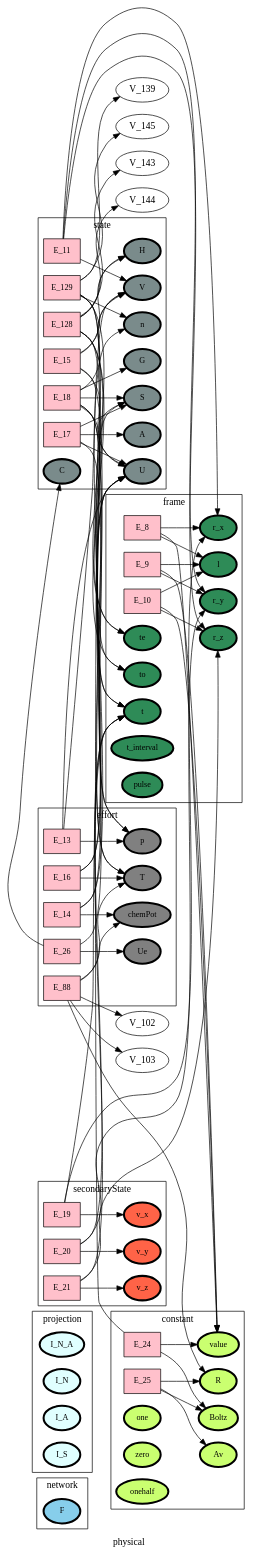
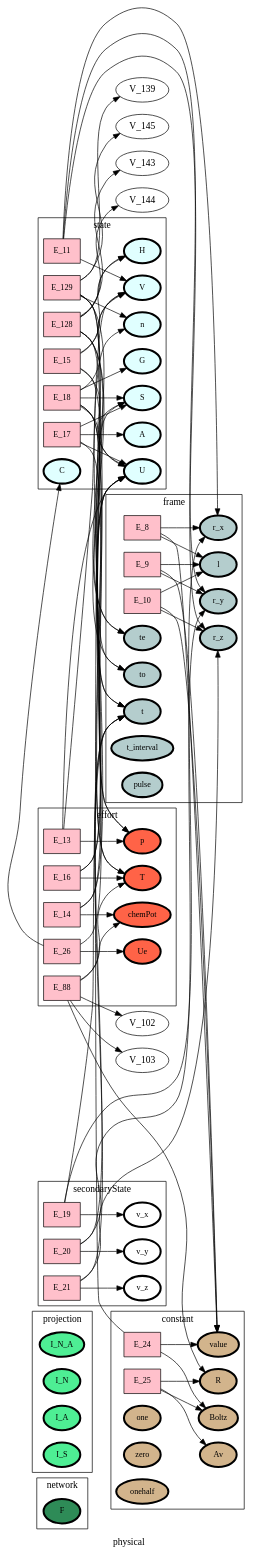
The diagram in ontology_graphs/graph__physical.dot (heinz-preisig/sandbox21), drawn with Graphviz before and after one commit. The commit also changed 35 other files, not shown here.

```diff
--- a/ontology_graphs/graph__physical.dot
+++ b/ontology_graphs/graph__physical.dot
@@ -1,180 +1,180 @@
 digraph physical {
 label=physical;
 rankdir=LR;
 subgraph cluster_physical___network {
 label=network;
 rankdir=LR;
-V_10 [fillcolor=skyblue, fontsize=12, label=F, penwidth=3, style=filled];
+V_10 [fillcolor=seagreen4, fontsize=12, label=F, penwidth=3, style=filled];
 }
 
 subgraph cluster_physical___projection {
 label=projection;
 rankdir=LR;
-V_48 [fillcolor=lightcyan, fontsize=12, label=I_N_A, penwidth=3, style=filled];
-V_96 [fillcolor=lightcyan, fontsize=12, label=I_N, penwidth=3, style=filled];
-V_97 [fillcolor=lightcyan, fontsize=12, label=I_A, penwidth=3, style=filled];
-V_98 [fillcolor=lightcyan, fontsize=12, label=I_S, penwidth=3, style=filled];
+V_48 [fillcolor=seagreen2, fontsize=12, label=I_N_A, penwidth=3, style=filled];
+V_96 [fillcolor=seagreen2, fontsize=12, label=I_N, penwidth=3, style=filled];
+V_97 [fillcolor=seagreen2, fontsize=12, label=I_A, penwidth=3, style=filled];
+V_98 [fillcolor=seagreen2, fontsize=12, label=I_S, penwidth=3, style=filled];
 }
 
 subgraph cluster_physical___differenceOperator {
 label=differenceOperator;
 rankdir=LR;
 }
 
 E_8 -> V_1  [splines=ortho];
 E_8 -> V_11  [splines=ortho];
 E_9 -> V_1  [splines=ortho];
 E_9 -> V_11  [splines=ortho];
 E_10 -> V_1  [splines=ortho];
 E_10 -> V_11  [splines=ortho];
 subgraph cluster_physical___frame {
 label=frame;
 rankdir=LR;
-V_11 [fillcolor=seagreen4, fontsize=12, label=l, penwidth=3, style=filled];
-V_12 [fillcolor=seagreen4, fontsize=12, label=r_x, penwidth=3, style=filled];
-V_13 [fillcolor=seagreen4, fontsize=12, label=r_y, penwidth=3, style=filled];
-V_14 [fillcolor=seagreen4, fontsize=12, label=r_z, penwidth=3, style=filled];
-V_4 [fillcolor=seagreen4, fontsize=12, label=t, penwidth=3, style=filled];
-V_5 [fillcolor=seagreen4, fontsize=12, label=to, penwidth=3, style=filled];
-V_6 [fillcolor=seagreen4, fontsize=12, label=te, penwidth=3, style=filled];
-V_7 [fillcolor=seagreen4, fontsize=12, label=t_interval, penwidth=3, style=filled];
-V_9 [fillcolor=seagreen4, fontsize=12, label=pulse, penwidth=3, style=filled];
+V_11 [fillcolor=lightcyan3, fontsize=12, label=l, penwidth=3, style=filled];
+V_12 [fillcolor=lightcyan3, fontsize=12, label=r_x, penwidth=3, style=filled];
+V_13 [fillcolor=lightcyan3, fontsize=12, label=r_y, penwidth=3, style=filled];
+V_14 [fillcolor=lightcyan3, fontsize=12, label=r_z, penwidth=3, style=filled];
+V_4 [fillcolor=lightcyan3, fontsize=12, label=t, penwidth=3, style=filled];
+V_5 [fillcolor=lightcyan3, fontsize=12, label=to, penwidth=3, style=filled];
+V_6 [fillcolor=lightcyan3, fontsize=12, label=te, penwidth=3, style=filled];
+V_7 [fillcolor=lightcyan3, fontsize=12, label=t_interval, penwidth=3, style=filled];
+V_9 [fillcolor=lightcyan3, fontsize=12, label=pulse, penwidth=3, style=filled];
 E_8 [fillcolor=pink, fontsize=12, shape=box, style=filled];
 E_8 -> V_12  [splines=ortho];
 E_9 [fillcolor=pink, fontsize=12, shape=box, style=filled];
 E_9 -> V_13  [splines=ortho];
 E_10 [fillcolor=pink, fontsize=12, shape=box, style=filled];
 E_10 -> V_14  [splines=ortho];
 }
 
 E_11 -> V_12  [splines=ortho];
 E_11 -> V_13  [splines=ortho];
 E_11 -> V_14  [splines=ortho];
 E_129 -> V_139  [splines=ortho];
 E_129 -> V_145  [splines=ortho];
 E_129 -> V_4  [splines=ortho];
 E_129 -> V_5  [splines=ortho];
 E_129 -> V_6  [splines=ortho];
 E_15 -> V_15  [splines=ortho];
 E_15 -> V_16  [splines=ortho];
 E_15 -> V_20  [splines=ortho];
 E_128 -> V_143  [splines=ortho];
 E_128 -> V_144  [splines=ortho];
 E_128 -> V_4  [splines=ortho];
 E_128 -> V_5  [splines=ortho];
 E_128 -> V_6  [splines=ortho];
 E_17 -> V_16  [splines=ortho];
 E_17 -> V_17  [splines=ortho];
 E_17 -> V_19  [splines=ortho];
 E_18 -> V_15  [splines=ortho];
 E_18 -> V_16  [splines=ortho];
 E_18 -> V_17  [splines=ortho];
 E_18 -> V_19  [splines=ortho];
 E_18 -> V_20  [splines=ortho];
 subgraph cluster_physical___state {
 label=state;
 rankdir=LR;
-V_15 [fillcolor=lightcyan4, fontsize=12, label=V, penwidth=3, style=filled];
-V_16 [fillcolor=lightcyan4, fontsize=12, label=U, penwidth=3, style=filled];
-V_17 [fillcolor=lightcyan4, fontsize=12, label=S, penwidth=3, style=filled];
-V_18 [fillcolor=lightcyan4, fontsize=12, label=n, penwidth=3, style=filled];
-V_22 [fillcolor=lightcyan4, fontsize=12, label=H, penwidth=3, style=filled];
-V_23 [fillcolor=lightcyan4, fontsize=12, label=A, penwidth=3, style=filled];
-V_24 [fillcolor=lightcyan4, fontsize=12, label=G, penwidth=3, style=filled];
-V_25 [fillcolor=lightcyan4, fontsize=12, label=C, penwidth=3, style=filled];
+V_15 [fillcolor=lightcyan, fontsize=12, label=V, penwidth=3, style=filled];
+V_16 [fillcolor=lightcyan, fontsize=12, label=U, penwidth=3, style=filled];
+V_17 [fillcolor=lightcyan, fontsize=12, label=S, penwidth=3, style=filled];
+V_18 [fillcolor=lightcyan, fontsize=12, label=n, penwidth=3, style=filled];
+V_22 [fillcolor=lightcyan, fontsize=12, label=H, penwidth=3, style=filled];
+V_23 [fillcolor=lightcyan, fontsize=12, label=A, penwidth=3, style=filled];
+V_24 [fillcolor=lightcyan, fontsize=12, label=G, penwidth=3, style=filled];
+V_25 [fillcolor=lightcyan, fontsize=12, label=C, penwidth=3, style=filled];
 E_11 [fillcolor=pink, fontsize=12, shape=box, style=filled];
 E_11 -> V_15  [splines=ortho];
 E_129 [fillcolor=pink, fontsize=12, shape=box, style=filled];
 E_129 -> V_18  [splines=ortho];
 E_15 [fillcolor=pink, fontsize=12, shape=box, style=filled];
 E_15 -> V_22  [splines=ortho];
 E_128 [fillcolor=pink, fontsize=12, shape=box, style=filled];
 E_128 -> V_22  [splines=ortho];
 E_17 [fillcolor=pink, fontsize=12, shape=box, style=filled];
 E_17 -> V_23  [splines=ortho];
 E_18 [fillcolor=pink, fontsize=12, shape=box, style=filled];
 E_18 -> V_24  [splines=ortho];
 }
 
 E_24 -> V_1  [splines=ortho];
 E_24 -> V_17  [splines=ortho];
 E_25 -> V_32  [splines=ortho];
 E_25 -> V_33  [splines=ortho];
 subgraph cluster_physical___constant {
 label=constant;
 rankdir=LR;
-V_1 [fillcolor=darkolivegreen1, fontsize=12, label=value, penwidth=3, style=filled];
-V_2 [fillcolor=darkolivegreen1, fontsize=12, label=one, penwidth=3, style=filled];
-V_3 [fillcolor=darkolivegreen1, fontsize=12, label=zero, penwidth=3, style=filled];
-V_32 [fillcolor=darkolivegreen1, fontsize=12, label=Av, penwidth=3, style=filled];
-V_33 [fillcolor=darkolivegreen1, fontsize=12, label=Boltz, penwidth=3, style=filled];
-V_34 [fillcolor=darkolivegreen1, fontsize=12, label=R, penwidth=3, style=filled];
-V_8 [fillcolor=darkolivegreen1, fontsize=12, label=onehalf, penwidth=3, style=filled];
+V_1 [fillcolor=tan, fontsize=12, label=value, penwidth=3, style=filled];
+V_2 [fillcolor=tan, fontsize=12, label=one, penwidth=3, style=filled];
+V_3 [fillcolor=tan, fontsize=12, label=zero, penwidth=3, style=filled];
+V_32 [fillcolor=tan, fontsize=12, label=Av, penwidth=3, style=filled];
+V_33 [fillcolor=tan, fontsize=12, label=Boltz, penwidth=3, style=filled];
+V_34 [fillcolor=tan, fontsize=12, label=R, penwidth=3, style=filled];
+V_8 [fillcolor=tan, fontsize=12, label=onehalf, penwidth=3, style=filled];
 E_24 [fillcolor=pink, fontsize=12, shape=box, style=filled];
 E_24 -> V_33  [splines=ortho];
 E_25 [fillcolor=pink, fontsize=12, shape=box, style=filled];
 E_25 -> V_34  [splines=ortho];
 }
 
 E_16 -> V_16  [splines=ortho];
 E_16 -> V_17  [splines=ortho];
 E_13 -> V_15  [splines=ortho];
 E_13 -> V_16  [splines=ortho];
 E_14 -> V_16  [splines=ortho];
 E_14 -> V_18  [splines=ortho];
 E_88 -> V_102  [splines=ortho];
 E_88 -> V_103  [splines=ortho];
 E_88 -> V_19  [splines=ortho];
 E_88 -> V_34  [splines=ortho];
 E_26 -> V_16  [splines=ortho];
 E_26 -> V_25  [splines=ortho];
 subgraph cluster_physical___effort {
 label=effort;
 rankdir=LR;
-V_19 [fillcolor=grey, fontsize=12, label=T, penwidth=3, style=filled];
-V_20 [fillcolor=grey, fontsize=12, label=p, penwidth=3, style=filled];
-V_21 [fillcolor=grey, fontsize=12, label=chemPot, penwidth=3, style=filled];
-V_35 [fillcolor=grey, fontsize=12, label=Ue, penwidth=3, style=filled];
+V_19 [fillcolor=tomato, fontsize=12, label=T, penwidth=3, style=filled];
+V_20 [fillcolor=tomato, fontsize=12, label=p, penwidth=3, style=filled];
+V_21 [fillcolor=tomato, fontsize=12, label=chemPot, penwidth=3, style=filled];
+V_35 [fillcolor=tomato, fontsize=12, label=Ue, penwidth=3, style=filled];
 E_16 [fillcolor=pink, fontsize=12, shape=box, style=filled];
 E_16 -> V_19  [splines=ortho];
 E_13 [fillcolor=pink, fontsize=12, shape=box, style=filled];
 E_13 -> V_20  [splines=ortho];
 E_14 [fillcolor=pink, fontsize=12, shape=box, style=filled];
 E_14 -> V_21  [splines=ortho];
 E_88 [fillcolor=pink, fontsize=12, shape=box, style=filled];
 E_88 -> V_21  [splines=ortho];
 E_26 [fillcolor=pink, fontsize=12, shape=box, style=filled];
 E_26 -> V_35  [splines=ortho];
 }
 
 E_19 -> V_12  [splines=ortho];
 E_19 -> V_4  [splines=ortho];
 E_20 -> V_13  [splines=ortho];
 E_20 -> V_4  [splines=ortho];
 E_21 -> V_14  [splines=ortho];
 E_21 -> V_4  [splines=ortho];
 subgraph cluster_physical___secondaryState {
 label=secondaryState;
 rankdir=LR;
-V_27 [fillcolor=tomato, fontsize=12, label=v_x, penwidth=3, style=filled];
-V_28 [fillcolor=tomato, fontsize=12, label=v_y, penwidth=3, style=filled];
-V_29 [fillcolor=tomato, fontsize=12, label=v_z, penwidth=3, style=filled];
+V_27 [fillcolor=white, fontsize=12, label=v_x, penwidth=3, style=filled];
+V_28 [fillcolor=white, fontsize=12, label=v_y, penwidth=3, style=filled];
+V_29 [fillcolor=white, fontsize=12, label=v_z, penwidth=3, style=filled];
 E_19 [fillcolor=pink, fontsize=12, shape=box, style=filled];
 E_19 -> V_27  [splines=ortho];
 E_20 [fillcolor=pink, fontsize=12, shape=box, style=filled];
 E_20 -> V_28  [splines=ortho];
 E_21 [fillcolor=pink, fontsize=12, shape=box, style=filled];
 E_21 -> V_29  [splines=ortho];
 }
 
 subgraph cluster_physical___diffState {
 label=diffState;
 rankdir=LR;
 }
 
 subgraph cluster_physical___conversion {
 label=conversion;
 rankdir=LR;
 }
 
 }
```
